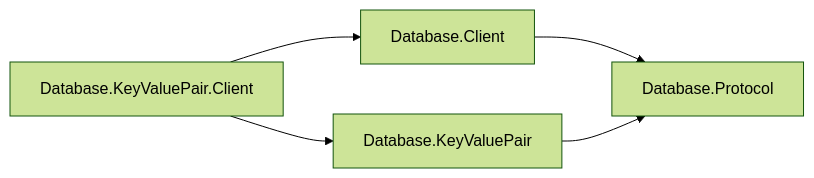
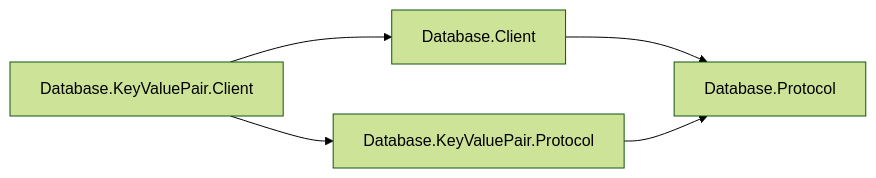
One commit to assimalign/cohesion-docs changed the diagram in docs/dotnet-apis/resources/database/assimalign-cohesion-database-keyvaluepair-client/design.md. Above: the diagram before and after it, drawn with Mermaid (forest theme). The commit also changed other lines of this file and 360 other files, not shown here.

First line of the commit message:
docs(database): consolidated model packages, Protocol packages and client migration (#9)

````diff
--- a/docs/dotnet-apis/resources/database/assimalign-cohesion-database-keyvaluepair-client/design.md
+++ b/docs/dotnet-apis/resources/database/assimalign-cohesion-database-keyvaluepair-client/design.md
@@ -15,7 +25,7 @@
 ```mermaid
 flowchart LR
     KvClient["Database.KeyValuePair.Client"] --> Client["Database.Client"]
-    KvClient --> Kv["Database.KeyValuePair"]
+    KvClient --> Kv["Database.KeyValuePair.Protocol"]
     Client --> Protocol["Database.Protocol"]
     Kv --> Protocol
 ```
````
